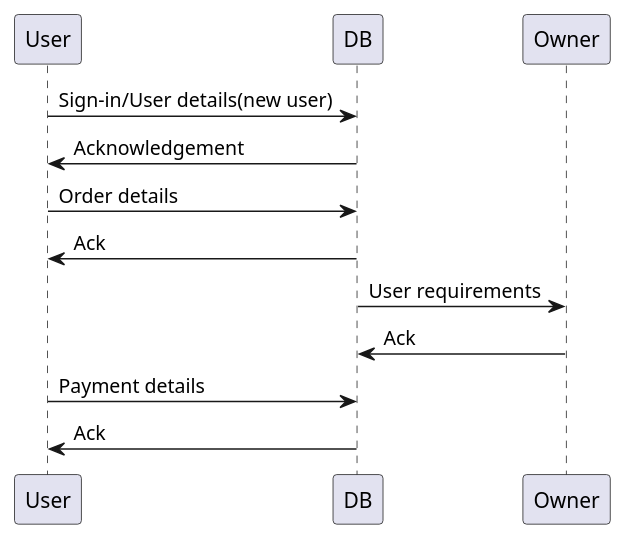
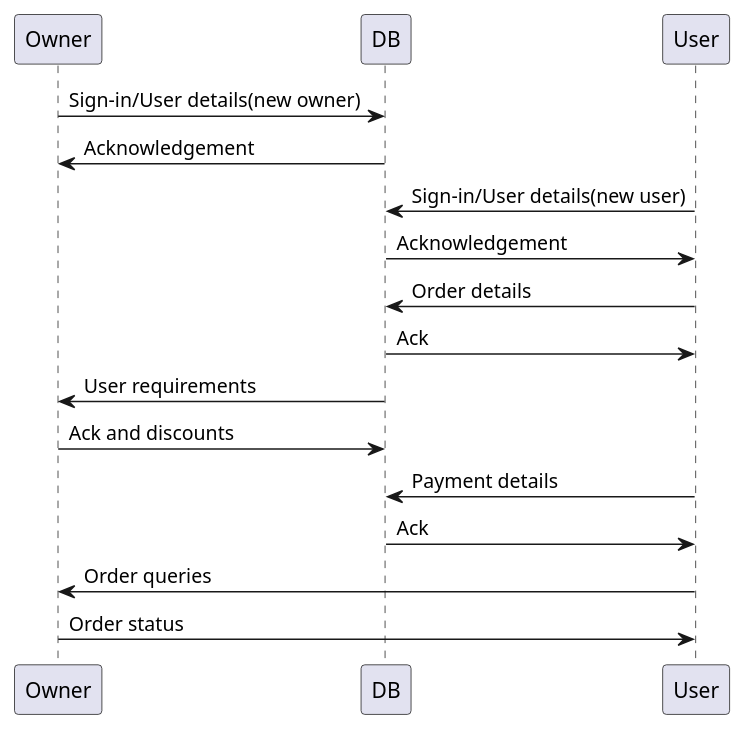
One commit to SarangKudtarkar/WaterApp changed the diagram in uml/waterSequence.puml. Above: the diagram before and after it, drawn with PlantUML. The commit also changed 1 other file, not shown here.

Commit message:
Sequence diagram added in uml folder

```diff
--- a/uml/waterSequence.puml
+++ b/uml/waterSequence.puml
@@ -1,15 +1,22 @@
 @startuml
+
+Owner -> DB: Sign-in/User details(new owner)
+DB->Owner:Acknowledgement
+
 User -> DB: Sign-in/User details(new user)
 DB->User:Acknowledgement
 
 User -> DB: Order details
 DB->User:Ack
 
 DB->Owner:User requirements
-Owner->DB:Ack
+Owner->DB:Ack and discounts
 
 
 User->DB:Payment details
 DB->User:Ack
 
+User->Owner:Order queries
+Owner->User:Order status
+
 @enduml
```
